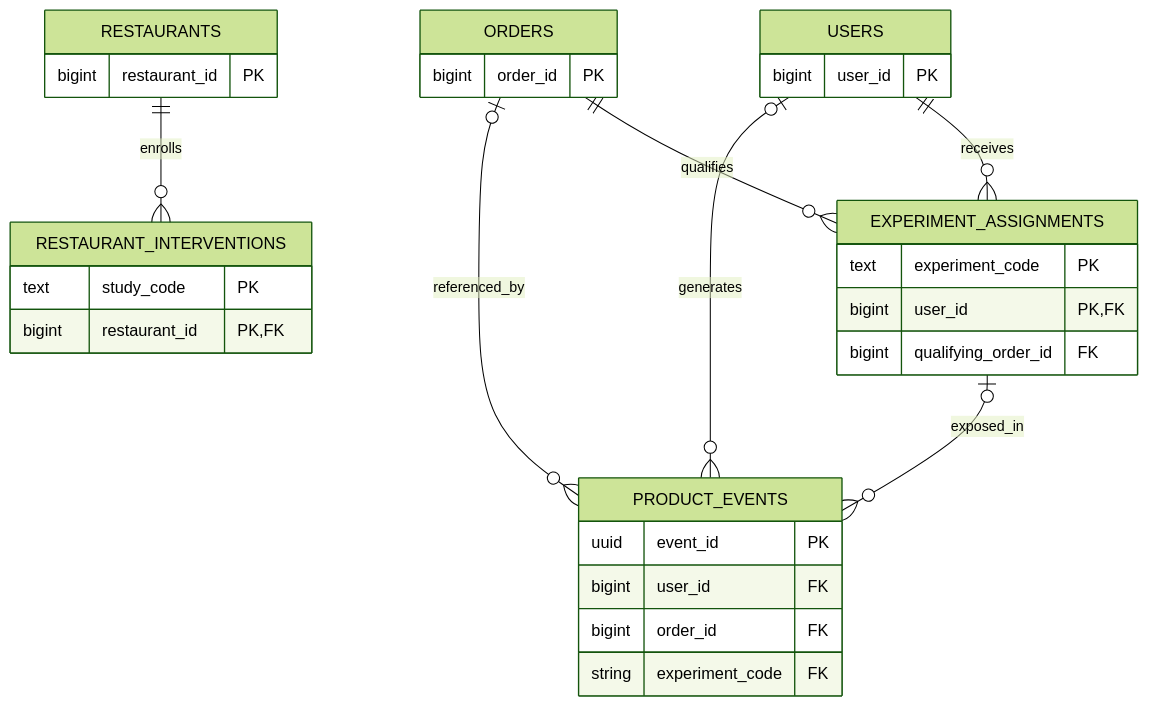
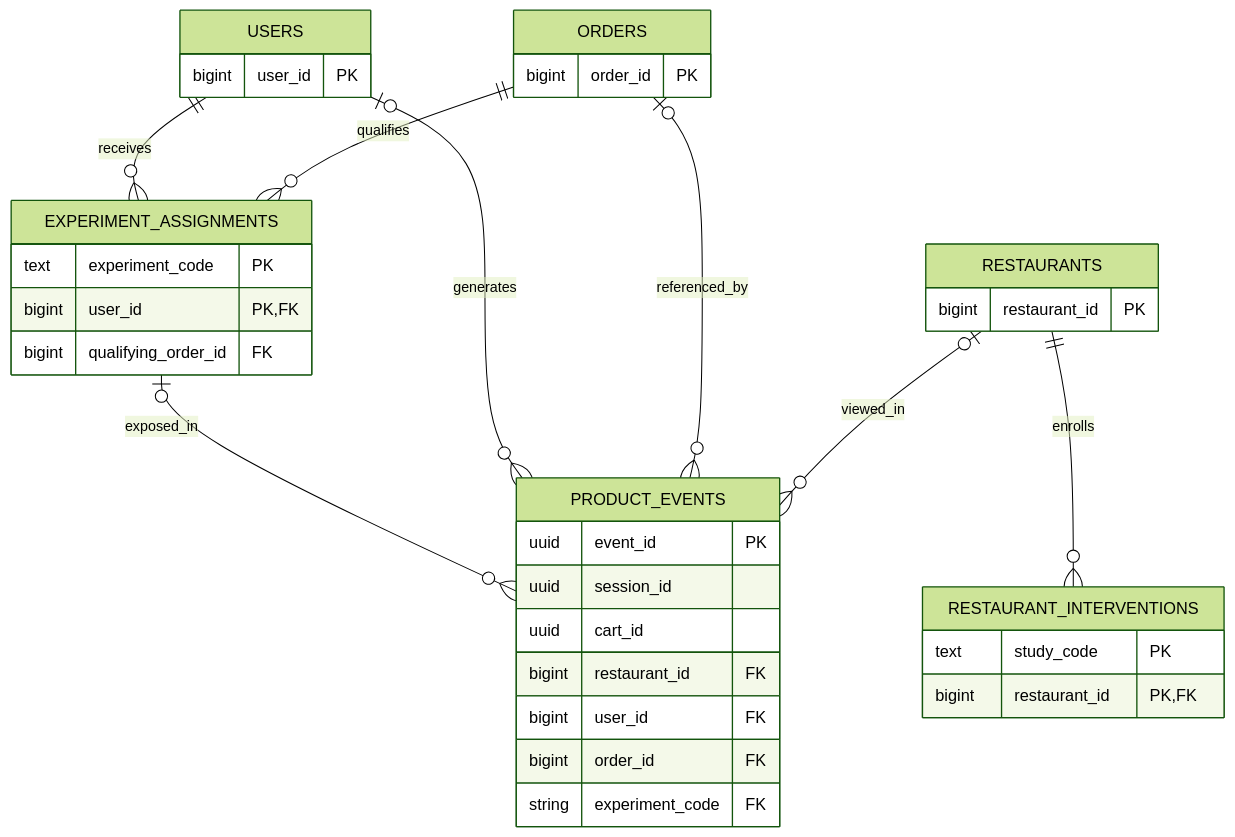
One commit to salaticc/quickbite-analytics-platform changed the second of 2 diagrams in docs/data_model/relationships.md. Above: the diagram before and after it, drawn with Mermaid (forest theme). The commit also changed other lines of this file and 1 other file, not shown here.

````diff
--- a/docs/data_model/relationships.md
+++ b/docs/data_model/relationships.md
@@ -45,35 +45,39 @@
 ```mermaid
 erDiagram
     direction TB
     USERS ||--o{ EXPERIMENT_ASSIGNMENTS : receives
     ORDERS ||--o{ EXPERIMENT_ASSIGNMENTS : qualifies
     EXPERIMENT_ASSIGNMENTS o|--o{ PRODUCT_EVENTS : exposed_in
     USERS o|--o{ PRODUCT_EVENTS : generates
     ORDERS o|--o{ PRODUCT_EVENTS : referenced_by
+    RESTAURANTS o|--o{ PRODUCT_EVENTS : viewed_in
     RESTAURANTS ||--o{ RESTAURANT_INTERVENTIONS : enrolls
 
     USERS {
         bigint user_id PK
     }
     ORDERS {
         bigint order_id PK
     }
     EXPERIMENT_ASSIGNMENTS {
         text experiment_code PK
         bigint user_id PK, FK
         bigint qualifying_order_id FK
     }
     PRODUCT_EVENTS {
         uuid event_id PK
+        uuid session_id
+        uuid cart_id
+        bigint restaurant_id FK
         bigint user_id FK
         bigint order_id FK
         string experiment_code FK
     }
     RESTAURANTS {
         bigint restaurant_id PK
     }
     RESTAURANT_INTERVENTIONS {
         text study_code PK
         bigint restaurant_id PK, FK
     }
 ```
````
